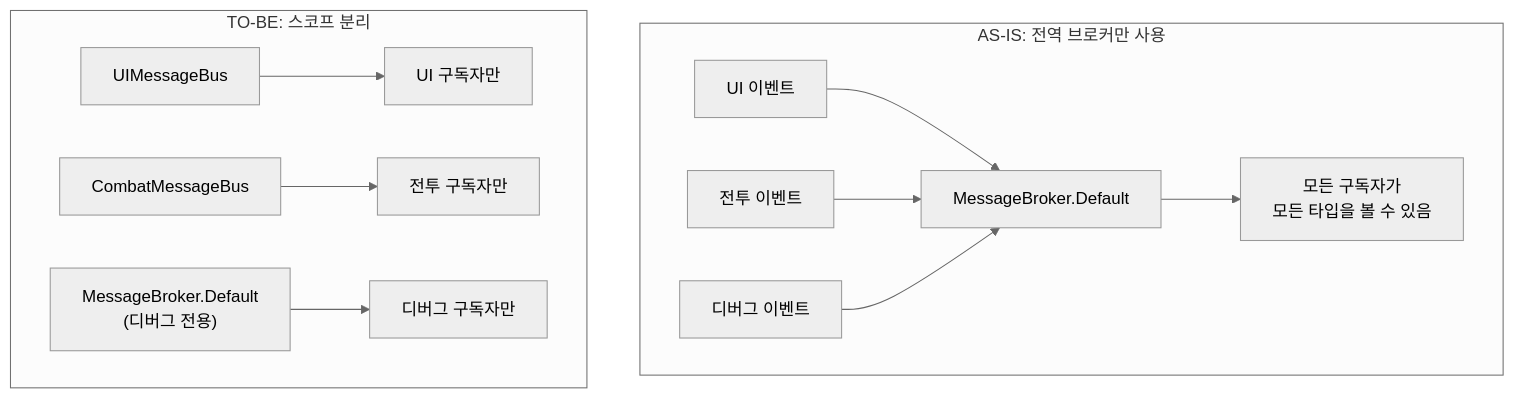
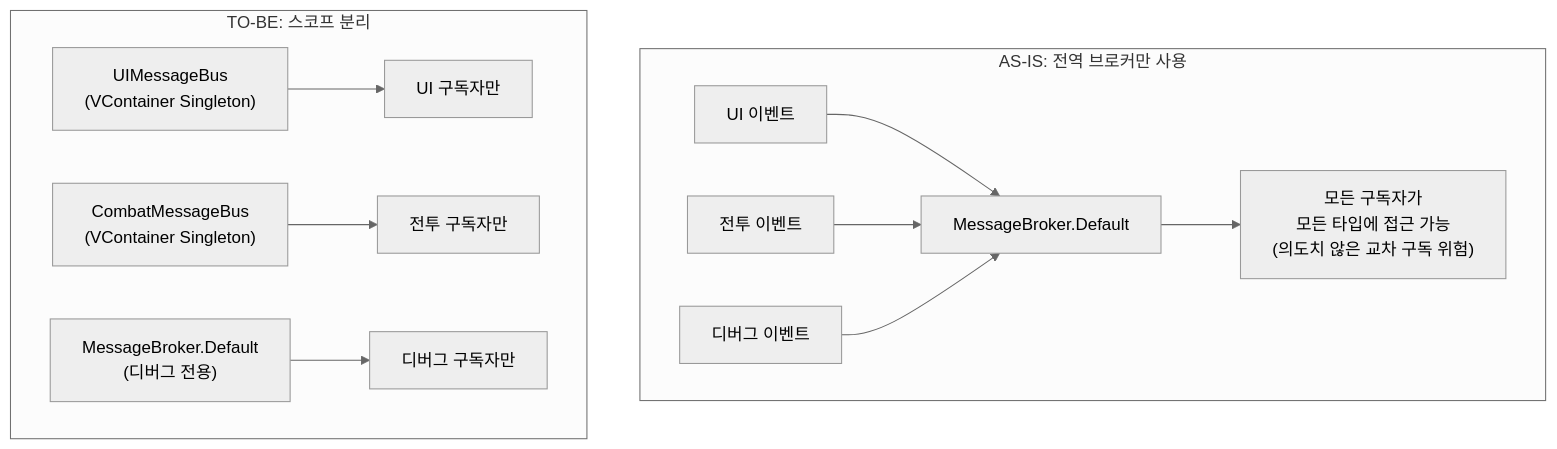
One commit to Epheria/Epheria.github.io changed the seventh of 7 diagrams in _posts/Csharp/UniRx/2025-09-24-MessageBroker.md. Above: the diagram before and after it, drawn with Mermaid (neutral theme). The commit also changed other lines of this file and 2 other files, not shown here.

````diff
--- a/_posts/Csharp/UniRx/2025-09-24-MessageBroker.md
+++ b/_posts/Csharp/UniRx/2025-09-24-MessageBroker.md
@@ -577,23 +643,16 @@
 ```mermaid
 flowchart TB
     subgraph Before["AS-IS: 전역 브로커만 사용"]
         BD["MessageBroker.Default"]
-        BUI["UI 이벤트"]
-        BCombat["전투 이벤트"]
-        BDebug["디버그 이벤트"]
-        BUI --> BD
-        BCombat --> BD
-        BDebug --> BD
-        BD --> BAll["모든 구독자가<br/>모든 타입을 볼 수 있음"]
+        BUI["UI 이벤트"] --> BD
+        BCombat["전투 이벤트"] --> BD
+        BDebug["디버그 이벤트"] --> BD
+        BD --> BAll["모든 구독자가<br/>모든 타입에 접근 가능<br/>(의도치 않은 교차 구독 위험)"]
     end
 
     subgraph After["TO-BE: 스코프 분리"]
-        AUI["UIMessageBus"]
-        ACombat["CombatMessageBus"]
-        ADebug["MessageBroker.Default<br/>(디버그 전용)"]
-
-        AUI --> AUI_Sub["UI 구독자만"]
-        ACombat --> ACombat_Sub["전투 구독자만"]
-        ADebug --> ADebug_Sub["디버그 구독자만"]
+        AUI["UIMessageBus<br/>(VContainer Singleton)"] --> AUI_Sub["UI 구독자만"]
+        ACombat["CombatMessageBus<br/>(VContainer Singleton)"] --> ACombat_Sub["전투 구독자만"]
+        ADebug["MessageBroker.Default<br/>(디버그 전용)"] --> ADebug_Sub["디버그 구독자만"]
     end
 ```
````
